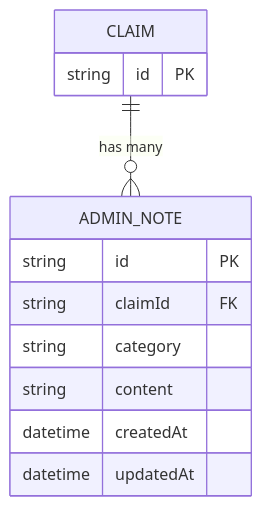
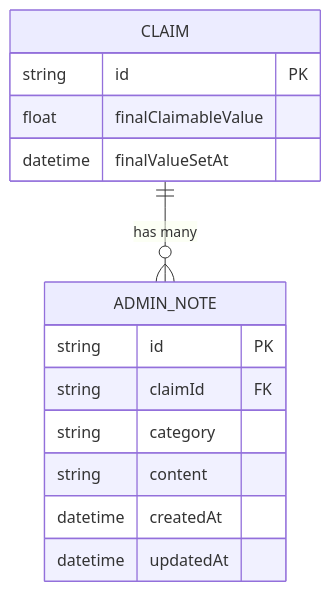
Before and after one commit to NaveenHiranya/Smart-Vehicle-Insurance-Claim-System: the third of 7 diagrams in .qoder/repowiki/en/content/Frontend Documentation/Pages and Views/Admin Pages/Admin Note System.md, drawn with Mermaid. The commit also changed other lines of this file and 31 other files, not shown here.

````diff
--- a/.qoder/repowiki/en/content/Frontend Documentation/Pages and Views/Admin Pages/Admin Note System.md
+++ b/.qoder/repowiki/en/content/Frontend Documentation/Pages and Views/Admin Pages/Admin Note System.md
@@ -166,15 +173,17 @@
 ```mermaid
 erDiagram
 CLAIM {
 string id PK
+float finalClaimableValue
+datetime finalValueSetAt
 }
 ADMIN_NOTE {
 string id PK
 string claimId FK
 string category
 string content
 datetime createdAt
 datetime updatedAt
 }
 CLAIM ||--o{ ADMIN_NOTE : "has many"
 ```
````
